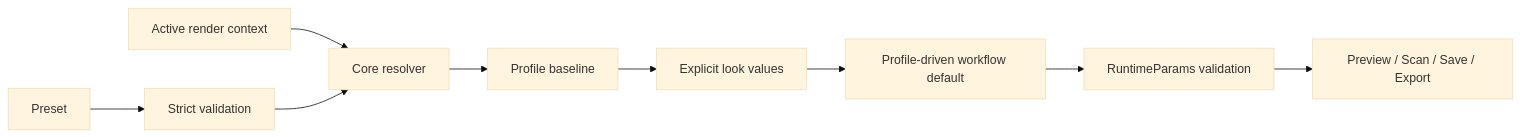
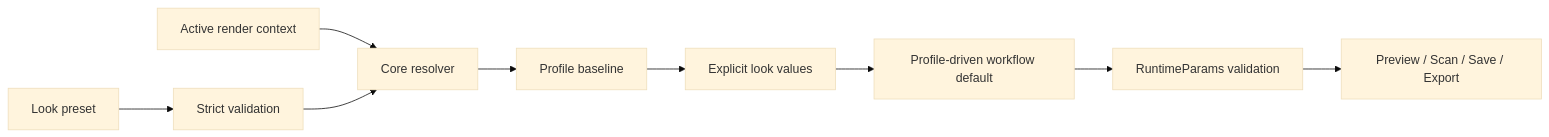
The second of 2 diagrams in specs/presets/spec.md (suraciii/spektrafilm-rs), drawn with Mermaid (base theme) before and after one commit. The commit also changed other lines of this file and 9 other files, not shown here.

````diff
--- a/specs/presets/spec.md
+++ b/specs/presets/spec.md
@@ -138,11 +63,11 @@
 ```mermaid
 flowchart LR
-    P["Preset"] --> V["Strict validation"]
+    P["Look preset"] --> V["Strict validation"]
     C["Active render context"] --> R["Core resolver"]
     V --> R
     R --> B["Profile baseline"]
     B --> L["Explicit look values"]
     L --> W["Profile-driven workflow default"]
     W --> Q["RuntimeParams validation"]
     Q --> O["Preview / Scan / Save / Export"]
 ```
````
